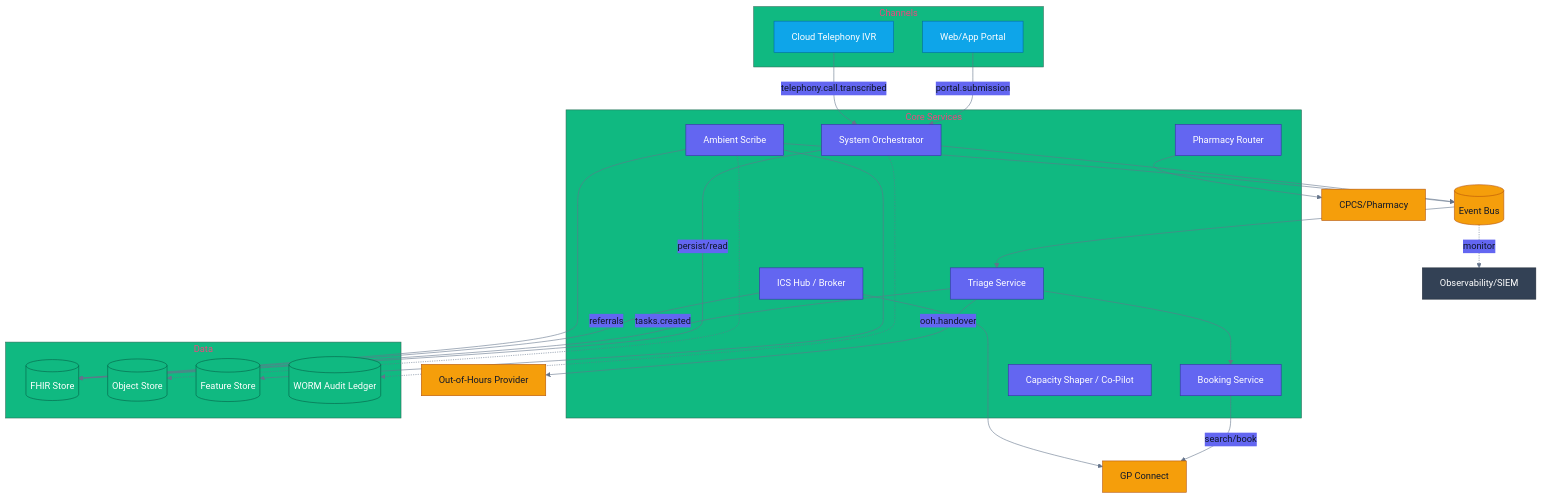
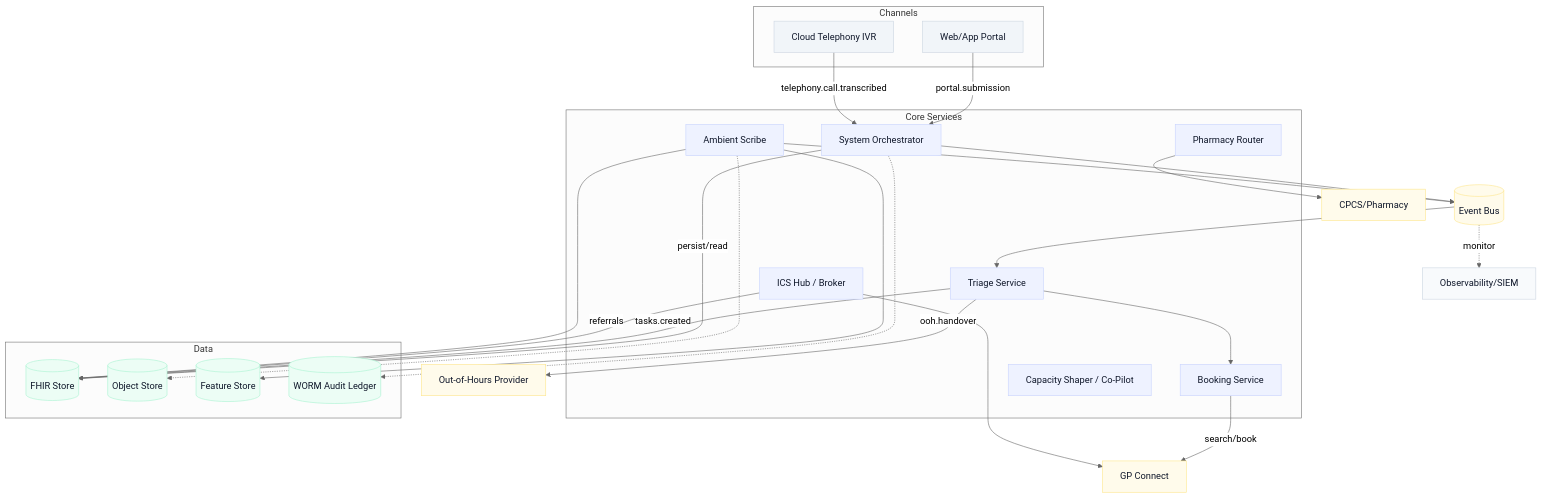
Before and after one commit to georgeahmed/onecare: the first of 13 diagrams in Algorithm.md, drawn with Mermaid. The commit also changed other lines of this file, not shown here.

````diff
--- a/Algorithm.md
+++ b/Algorithm.md
@@ -130,70 +130,62 @@
 ```mermaid
-%%{init: {'theme':'base', 'themeVariables': {
-  'primaryColor': '#0ea5e9',
-  'secondaryColor': '#6366f1',
-  'tertiaryColor': '#10b981',
-  'primaryTextColor': '#0f172a',
-  'lineColor': '#64748b',
-  'fontFamily': 'Inter, ui-sans-serif, system-ui',
-  'fontSize': '16px'
-}}}%%
+%%{init: {'theme':'neutral'}}%%
 graph TD
   subgraph Channels
     P[Web/App Portal]
     T[Cloud Telephony IVR]
   end
 
   subgraph Core Services
     O[System Orchestrator]
     TR[Triage Service]
     BK[Booking Service]
     PH[Pharmacy Router]
     CS[Capacity Shaper / Co-Pilot]
     SC[Ambient Scribe]
     ICS[ICS Hub / Broker]
   end
 
   subgraph Data
     FHIR[(FHIR Store)]
     OBJ[(Object Store)]
     FEAT[(Feature Store)]
     AUD[(WORM Audit Ledger)]
   end
 
   EB[(Event Bus)]
   OBS[Observability/SIEM]
   GP[GP Connect]
   CPCS[CPCS/Pharmacy]
   OOH[Out-of-Hours Provider]
 
   P -->|portal.submission| O
   T -->|telephony.call.transcribed| O
   O -->|persist/read| FHIR
   O --> EB
   EB --> TR
   TR -->|tasks.created| FHIR
   TR --> BK
   BK -->|search/book| GP
   PH --> CPCS
   SC --> EB
   ICS --> GP
   ICS -->|referrals| FHIR
   O -.-> AUD
   EB -.monitor.-> OBS
   TR -->|ooh.handover| OOH
   SC --> FHIR
   SC --> FEAT
   SC -.-> OBJ
 
-  classDef channel fill:#0ea5e9,stroke:#0369a1,color:#ffffff;
-  classDef core fill:#6366f1,stroke:#3730a3,color:#ffffff;
-  classDef data fill:#10b981,stroke:#065f46,color:#ffffff;
-  classDef ext fill:#f59e0b,stroke:#b45309,color:#0f172a;
-  classDef audit fill:#334155,stroke:#1f2937,color:#ffffff;
+  classDef channel fill:#f1f5f9,stroke:#cbd5e1,color:#0f172a;
+  classDef core fill:#eef2ff,stroke:#c7d2fe,color:#0f172a;
+  classDef data fill:#ecfdf5,stroke:#a7f3d0,color:#0f172a;
+  classDef ext fill:#fffbeb,stroke:#fde68a,color:#0f172a;
+  classDef audit fill:#f8fafc,stroke:#cbd5e1,color:#0f172a;
 
   class P,T channel;
   class O,TR,BK,PH,CS,SC,ICS core;
   class FHIR,OBJ,FEAT,AUD data;
   class EB,GP,CPCS,OOH ext;
   class OBS audit;
 ```
````
